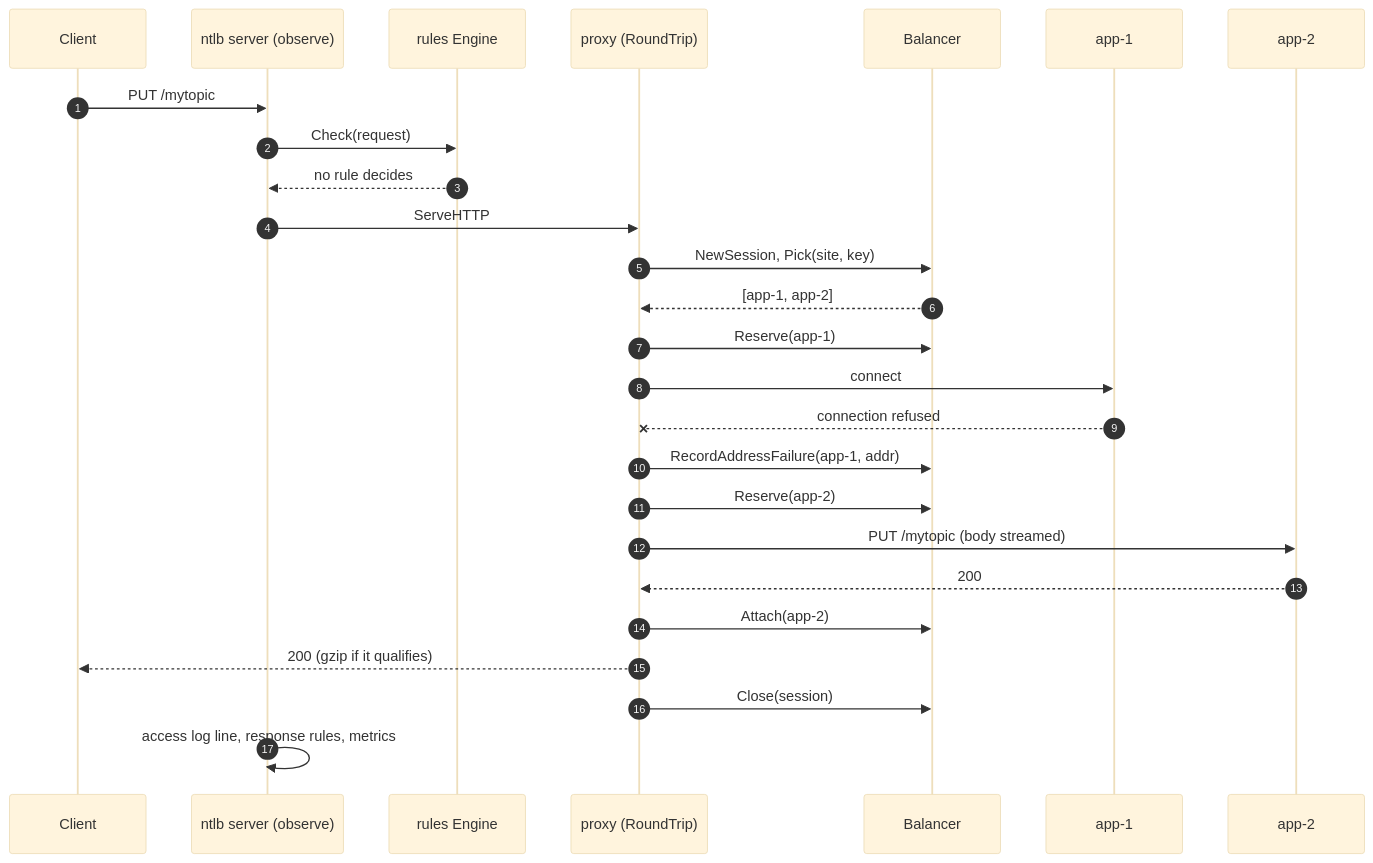
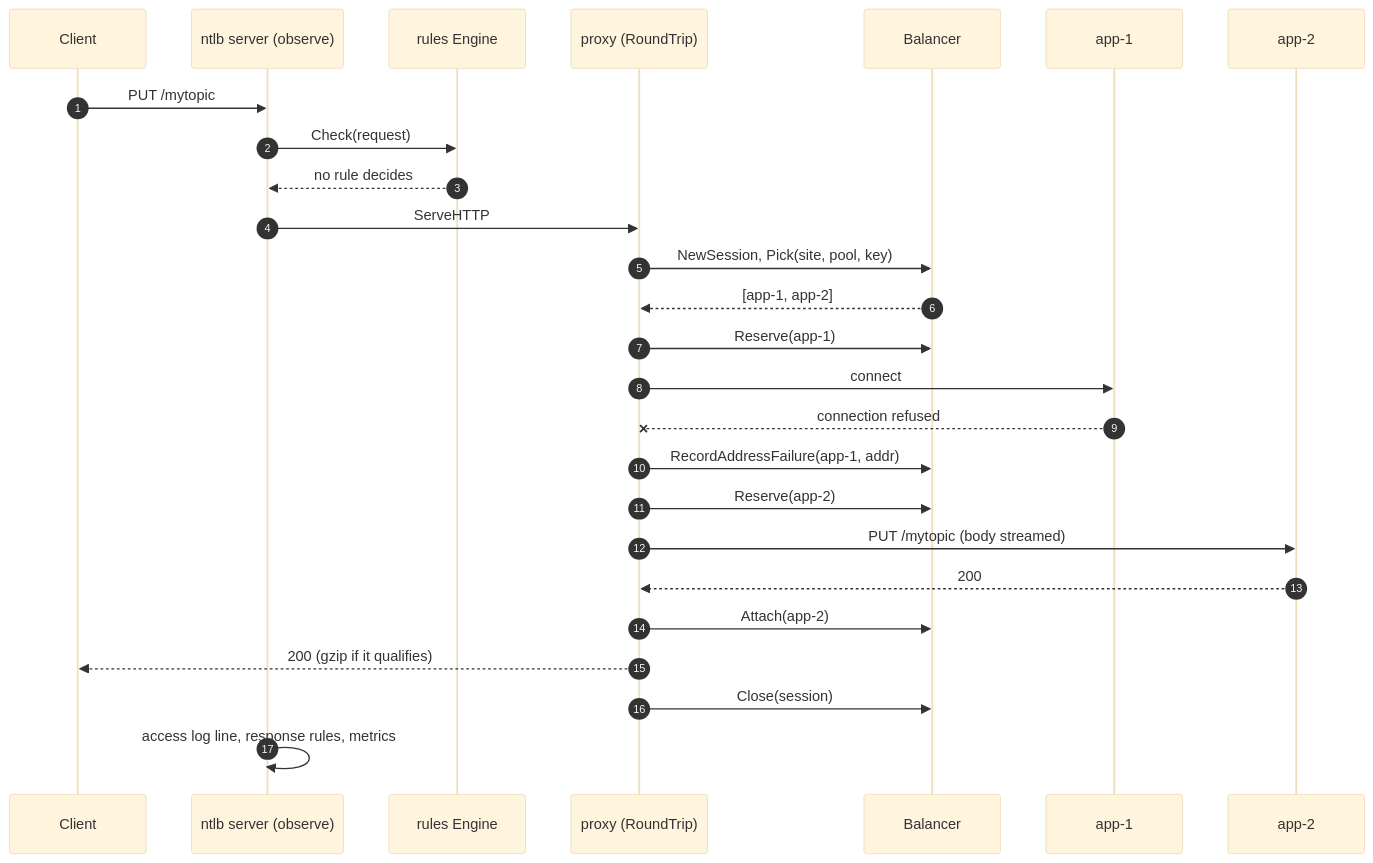
Before and after one commit to binwiederhier/ntlb: the fifth of 16 diagrams in docs/architecture.md, drawn with Mermaid (base theme). The commit also changed other lines of this file and 3 other files, not shown here.

Commit message:
Add a code walkthrough, update the architecture docs for pools, proxy rules and 429

````diff
--- a/docs/architecture.md
+++ b/docs/architecture.md
@@ -185,28 +187,28 @@
 ```mermaid
 sequenceDiagram
     autonumber
     participant C as Client
     participant S as ntlb server (observe)
     participant R as rules Engine
     participant P as proxy (RoundTrip)
     participant B as Balancer
     participant U1 as app-1
     participant U2 as app-2
     C->>S: PUT /mytopic
     S->>R: Check(request)
     R-->>S: no rule decides
     S->>P: ServeHTTP
-    P->>B: NewSession, Pick(site, key)
+    P->>B: NewSession, Pick(site, pool, key)
     B-->>P: [app-1, app-2]
     P->>B: Reserve(app-1)
     P->>U1: connect
     U1--xP: connection refused
     P->>B: RecordAddressFailure(app-1, addr)
     P->>B: Reserve(app-2)
     P->>U2: PUT /mytopic (body streamed)
     U2-->>P: 200
     P->>B: Attach(app-2)
     P-->>C: 200 (gzip if it qualifies)
     P->>B: Close(session)
     S->>S: access log line, response rules, metrics
 ```
````
